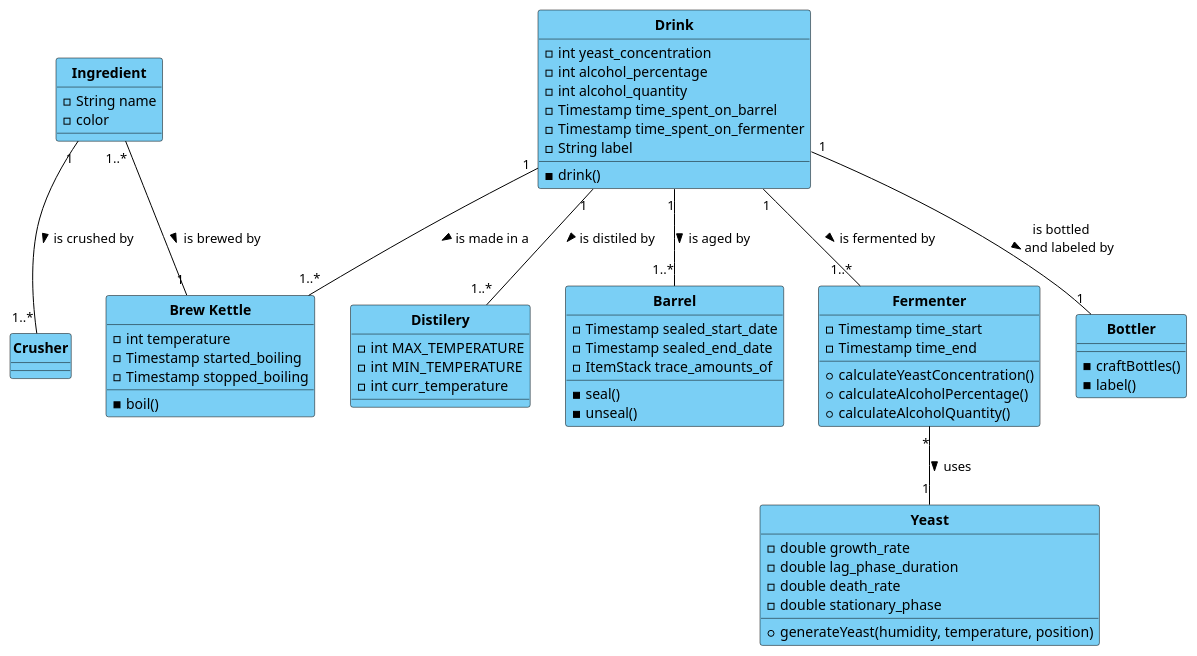
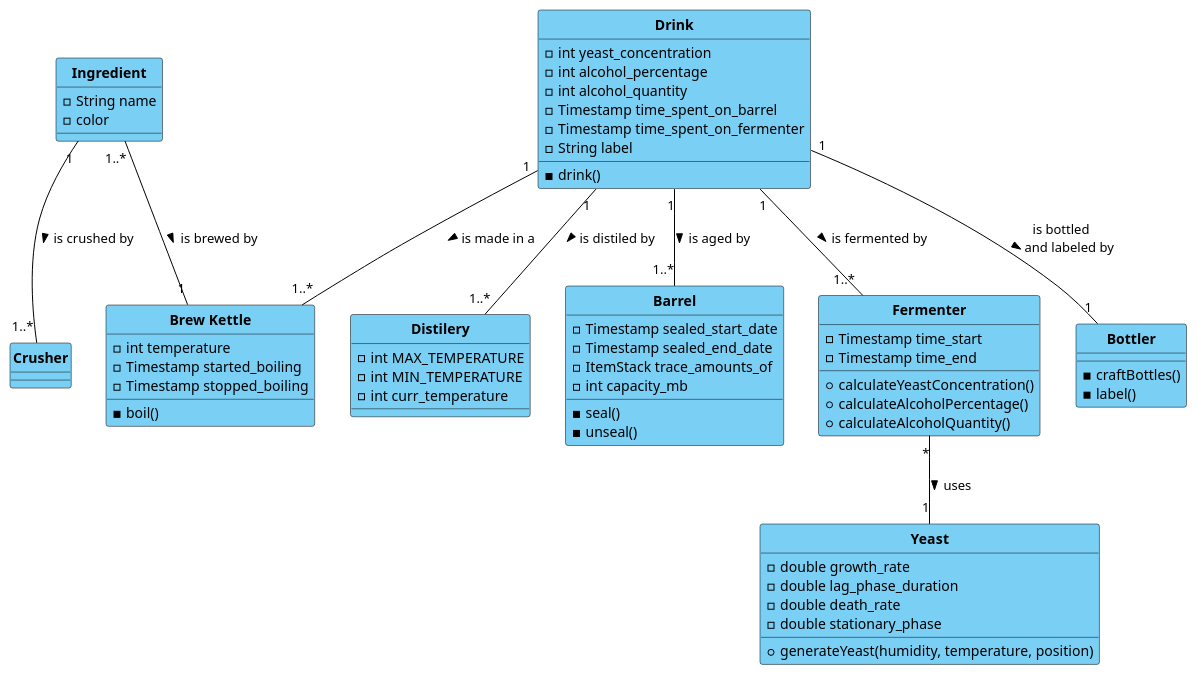
The diagram in domain_model.puml (CivPirater/minetest-brewery), drawn with PlantUML before and after one commit. The commit also changed 7 other files, not shown here.

```diff
--- a/domain_model.puml
+++ b/domain_model.puml
@@ -1,90 +1,91 @@
 @startuml Domain Model
 hide circle
 hide empty
 skinparam IconPrivateColor Black
 skinparam IconPublicColor Black
 skinparam IconProtectedColor Black
 skinparam IconPrivateBackgroundColor Black
 skinparam IconPublicBackgroundColor #7ACFF5
 skinparam ClassStereotypeFontStyle normal
 skinparam Shadowing false
 skinparam ClassFontStyle bold
 skinparam class {
     BackgroundColor #7ACFF5
     ArrowColor Black
     BorderColor Black
 }
 
 class "Ingredient" as ING {
     - String name
     - color
 }
 
 class "Drink" as DRINK {
     - int yeast_concentration
     - int alcohol_percentage
     - int alcohol_quantity
     - Timestamp time_spent_on_barrel
     - Timestamp time_spent_on_fermenter
     - String label
     - drink()
 }
 
 class "Distilery" as DISTILERY {
     - int MAX_TEMPERATURE
     - int MIN_TEMPERATURE
     - int curr_temperature
 }
 
 class "Barrel" as BARREL {
     - Timestamp sealed_start_date
     - Timestamp sealed_end_date
     - ItemStack trace_amounts_of
+    - int capacity_mb
     - seal()
     - unseal()
 }
 
 class "Fermenter" as FERMENTER {
     - Timestamp time_start
     - Timestamp time_end
     + calculateYeastConcentration()
     + calculateAlcoholPercentage()
     + calculateAlcoholQuantity()
 }
 
 class "Yeast" as YEAST {
     - double growth_rate
     - double lag_phase_duration
     - double death_rate
     - double stationary_phase
     + generateYeast(humidity, temperature, position)
 }
 
 class "Crusher" as CRUSHER {
 
 }
 
 class "Bottler" as BOTTLER {
     - craftBottles()
     - label()
 }
 
 class "Brew Kettle" as KETTLE {
     - int temperature
     - Timestamp started_boiling
     - Timestamp stopped_boiling
     - boil()
 }
 
 ING "1" -- "1..*" CRUSHER : is crushed by >
 ING "1..*" -- "1" KETTLE : is brewed by >
 
 DRINK "1" -- "1..*" KETTLE : is made in a >
 DRINK "1" -- "1..*" DISTILERY : is distiled by >
 DRINK "1" -- "1..*" BARREL : is aged by >
 DRINK "1" -- "1..*" FERMENTER : is fermented by >
 DRINK "1" -- "1" BOTTLER : is bottled \nand labeled by >
 
 FERMENTER "*" -- "1" YEAST : uses >
 
 @enduml
```
